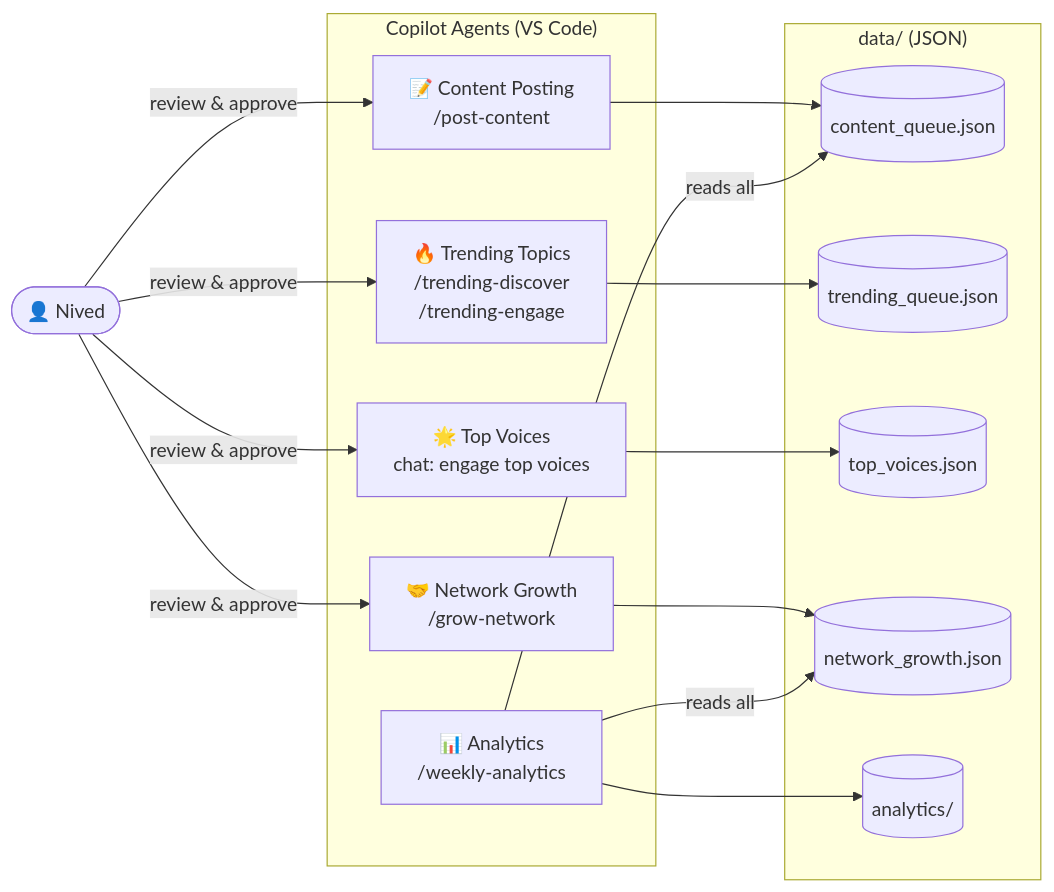
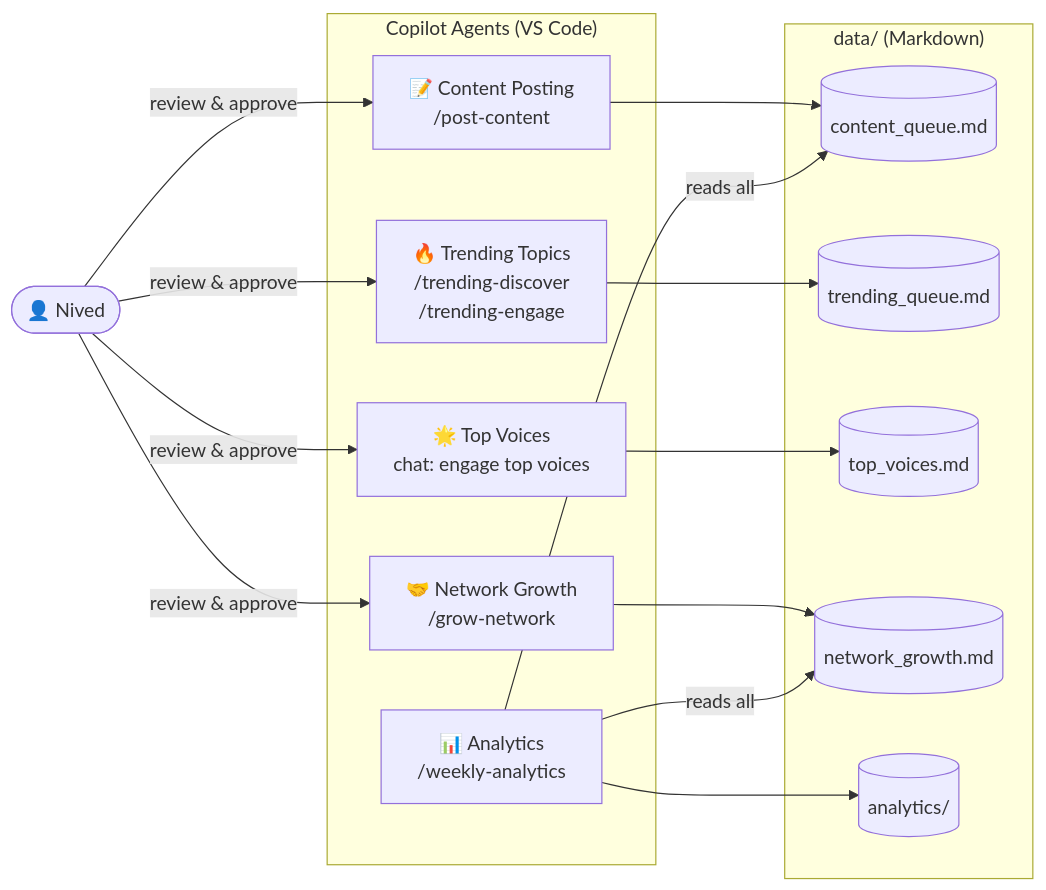
The second of 6 diagrams in README.md (nived15/linkedin-helper), drawn with Mermaid before and after one commit. The commit also changed other lines of this file and 7 other files, not shown here.

First line of the commit message:
fix: update data file references from .json to .md and add missing MCP tools

````diff
--- a/README.md
+++ b/README.md
@@ -32,28 +32,28 @@
 ```mermaid
 flowchart LR
     User(["👤 Nived"])
 
     subgraph Agents["Copilot Agents (VS Code)"]
         CP["📝 Content Posting\n/post-content"]
         TT["🔥 Trending Topics\n/trending-discover\n/trending-engage"]
         TV["🌟 Top Voices\nchat: engage top voices"]
         NG["🤝 Network Growth\n/grow-network"]
         AN["📊 Analytics\n/weekly-analytics"]
     end
 
-    subgraph Data["data/ (JSON)"]
-        CQ[(content_queue.json)]
-        TQ[(trending_queue.json)]
-        TJ[(top_voices.json)]
-        NJ[(network_growth.json)]
+    subgraph Data["data/ (Markdown)"]
+        CQ[(content_queue.md)]
+        TQ[(trending_queue.md)]
+        TJ[(top_voices.md)]
+        NJ[(network_growth.md)]
         AJ[(analytics/)]
     end
 
     User -->|review & approve| CP & TT & TV & NG
     CP --> CQ
     TT --> TQ
     TV --> TJ
     NG --> NJ
     AN --> AJ
     AN -->|reads all| CQ & NJ
 ```
````
